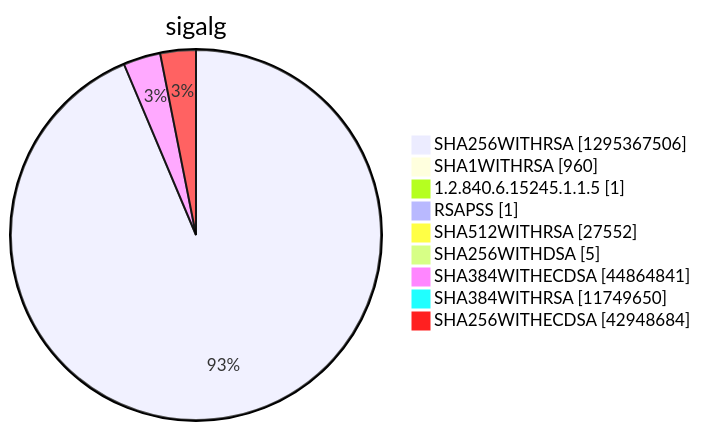
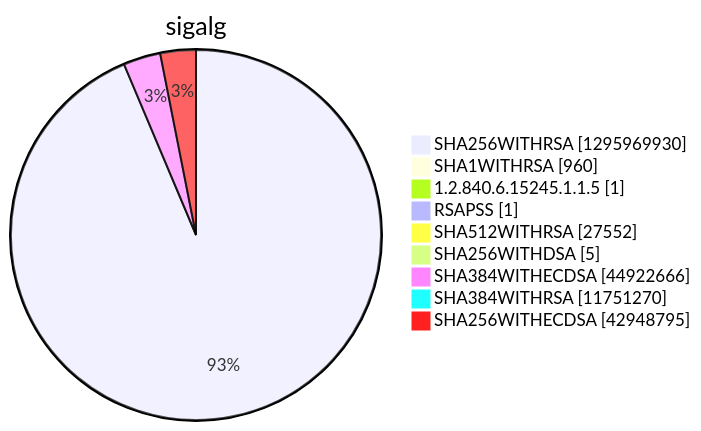
Before and after one commit to christiankrug/ctmonitor_visualization: diagram 15 of 15 in argon2022/README.md, drawn with Mermaid. The commit also changed other lines of this file, not shown here.

````diff
--- a/argon2022/README.md
+++ b/argon2022/README.md
@@ -5523,13 +5523,13 @@
 ```mermaid
 pie showData
 title sigalg
-"SHA256WITHRSA" :1295367506
+"SHA256WITHRSA" :1295969930
 "SHA1WITHRSA" :960
 "1.2.840.6.15245.1.1.5" :1
 "RSAPSS" :1
 "SHA512WITHRSA" :27552
 "SHA256WITHDSA" :5
-"SHA384WITHECDSA" :44864841
-"SHA384WITHRSA" :11749650
-"SHA256WITHECDSA" :42948684
+"SHA384WITHECDSA" :44922666
+"SHA384WITHRSA" :11751270
+"SHA256WITHECDSA" :42948795
 ```
````
